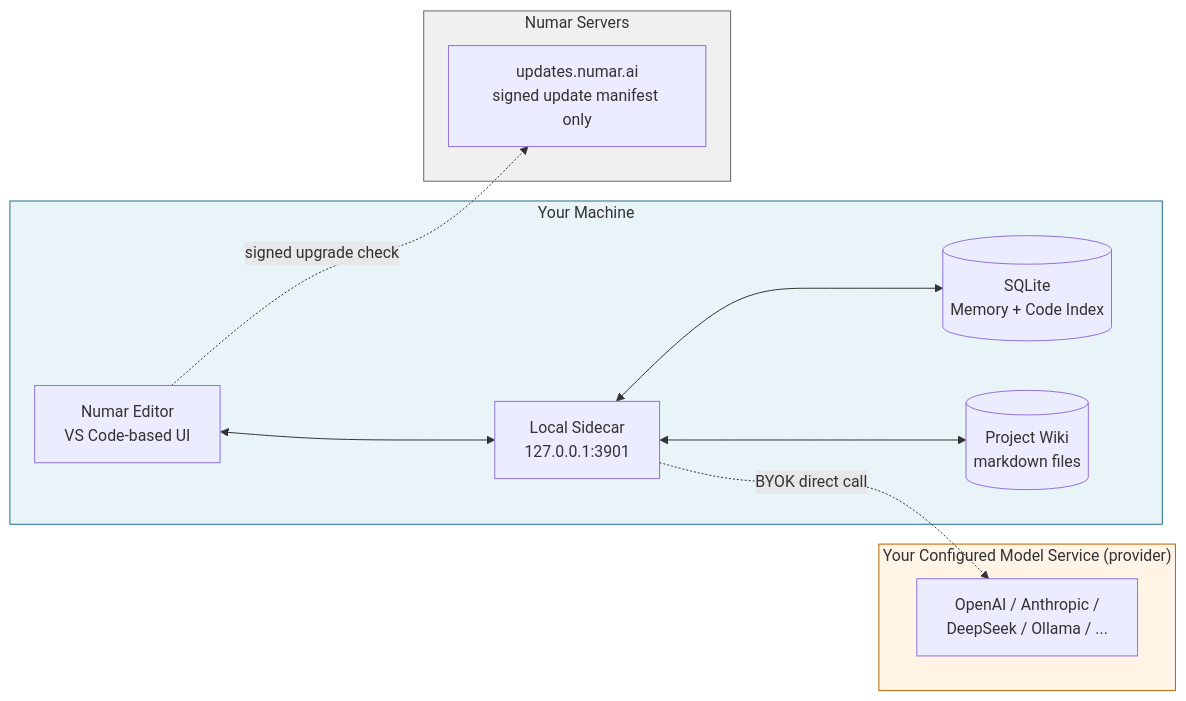
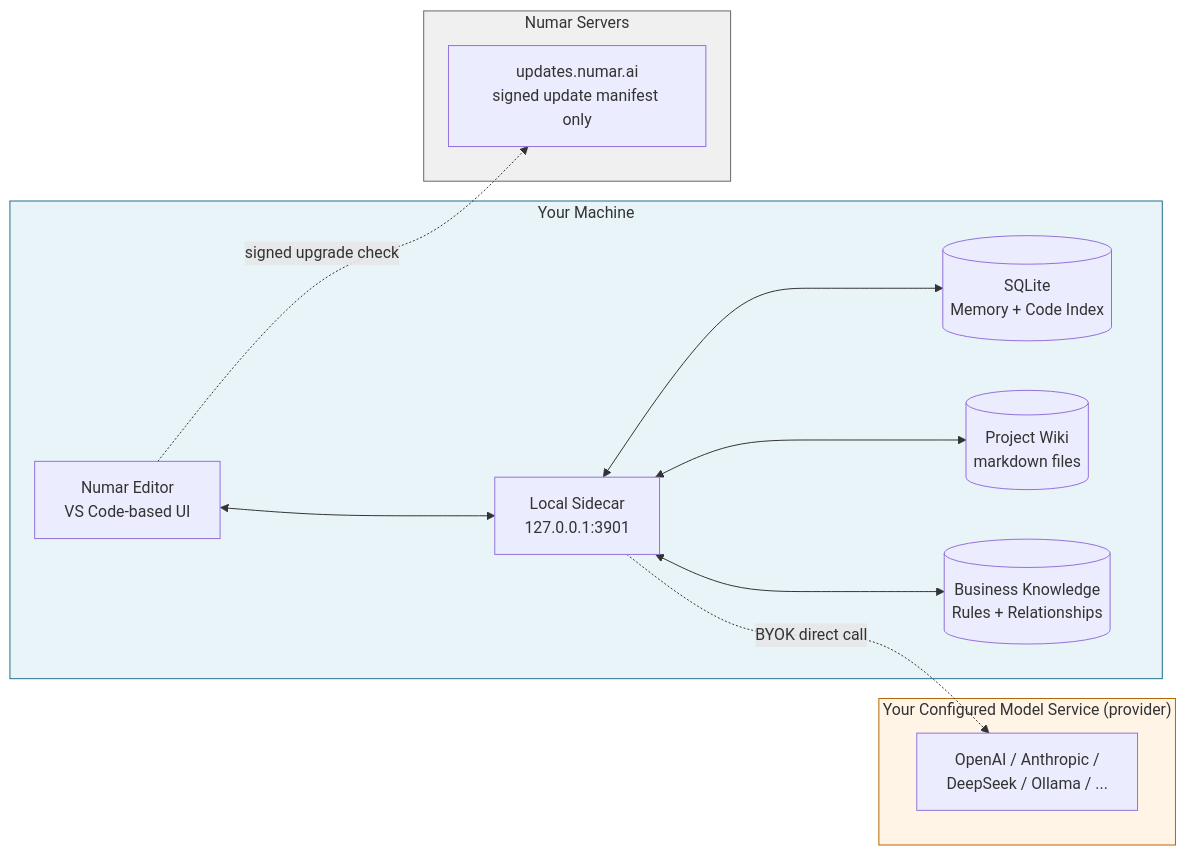
One commit to NumarAI/numar-releases changed the first of 3 diagrams in README.md. Above: the diagram before and after it, drawn with Mermaid. The commit also changed other lines of this file and 1 other file, not shown here.

````diff
--- a/README.md
+++ b/README.md
@@ -64,31 +67,33 @@
 ```mermaid
 graph LR
     subgraph YourMachine["Your Machine"]
         Editor[Numar Editor<br/>VS Code-based UI]
         Sidecar[Local Sidecar<br/>127.0.0.1:3901]
         SQLite[(SQLite<br/>Memory + Code Index)]
         Wiki[(Project Wiki<br/>markdown files)]
+        BusinessKnowledge[(Business Knowledge<br/>Rules + Relationships)]
         Editor <--> Sidecar
         Sidecar <--> SQLite
         Sidecar <--> Wiki
+        Sidecar <--> BusinessKnowledge
     end
 
     subgraph YourProvider["Your Configured Model Service (provider)"]
         LLM[OpenAI / Anthropic /<br/>DeepSeek / Ollama / ...]
     end
 
     Sidecar -.BYOK direct call.-> LLM
 
     subgraph NumarServers["Numar Servers"]
         UpdateServer[updates.numar.ai<br/>signed update manifest only]
     end
 
     Editor -.signed upgrade check.-> UpdateServer
 
     classDef yours fill:#e8f4f8,stroke:#1f6f8b
     classDef provider fill:#fff4e6,stroke:#b56500
     classDef ours fill:#f0f0f0,stroke:#666
     class YourMachine yours
     class YourProvider provider
     class NumarServers ours
 ```
````
